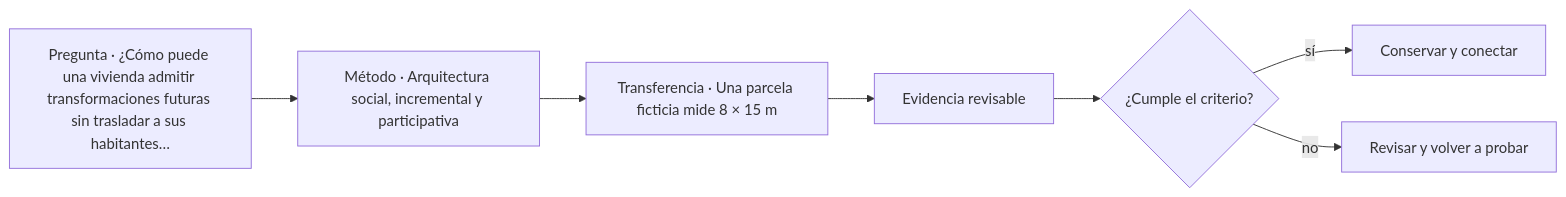
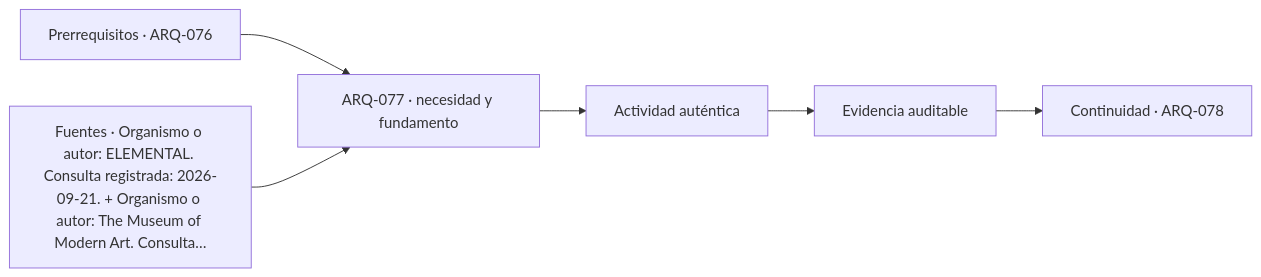
The diagram in classes/parte-08/ARQ-077.md (vladimiracunadev-create/architecture-built-environment-learning-program), drawn with Mermaid before and after one commit. The commit also changed other lines of this file and 761 other files, not shown here.

````diff
--- a/classes/parte-08/ARQ-077.md
+++ b/classes/parte-08/ARQ-077.md
@@ -103,9 +115,8 @@
 ```mermaid
 flowchart LR
-    Q["Pregunta · ¿Cómo puede una vivienda admitir transformaciones futuras sin trasladar a sus habitantes…"] --> M["Método · Arquitectura social, incremental y participativa"]
-    M --> P["Transferencia · Una parcela ficticia mide 8 × 15 m"]
-    P --> E["Evidencia revisable"]
-    E --> C{"¿Cumple el criterio?"}
-    C -->|sí| T["Conservar y conectar"]
-    C -->|no| R["Revisar y volver a probar"]
+    A["Prerrequisitos · ARQ-076"] --> B["ARQ-077 · necesidad y fundamento"]
+    S["Fuentes · Organismo o autor: ELEMENTAL. Consulta registrada: 2026-09-21. + Organismo o autor: The Museum of Modern Art. Consulta…"] --> B
+    B --> C["Actividad auténtica"]
+    C --> D["Evidencia auditable"]
+    D --> E["Continuidad · ARQ-078"]
 ```
````
